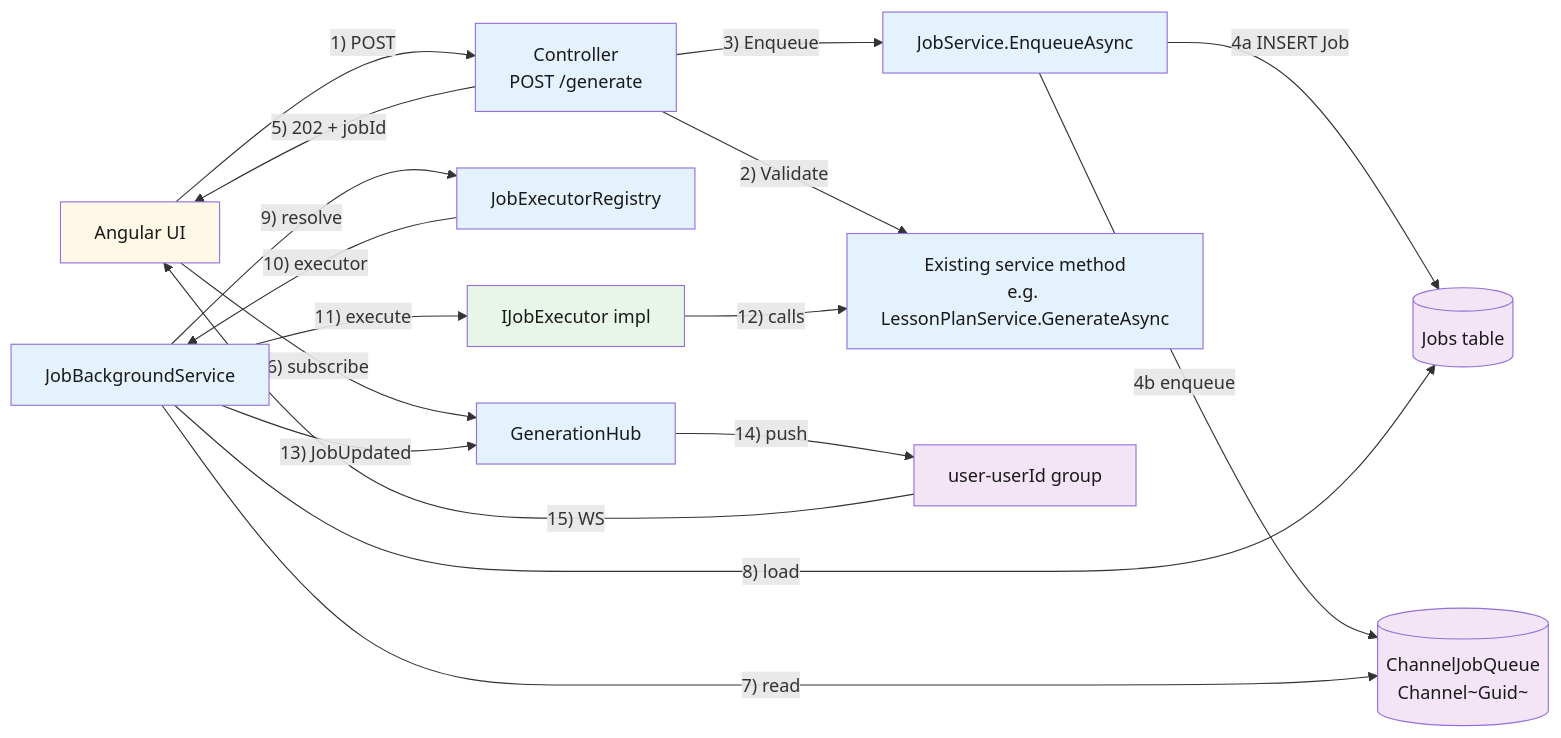
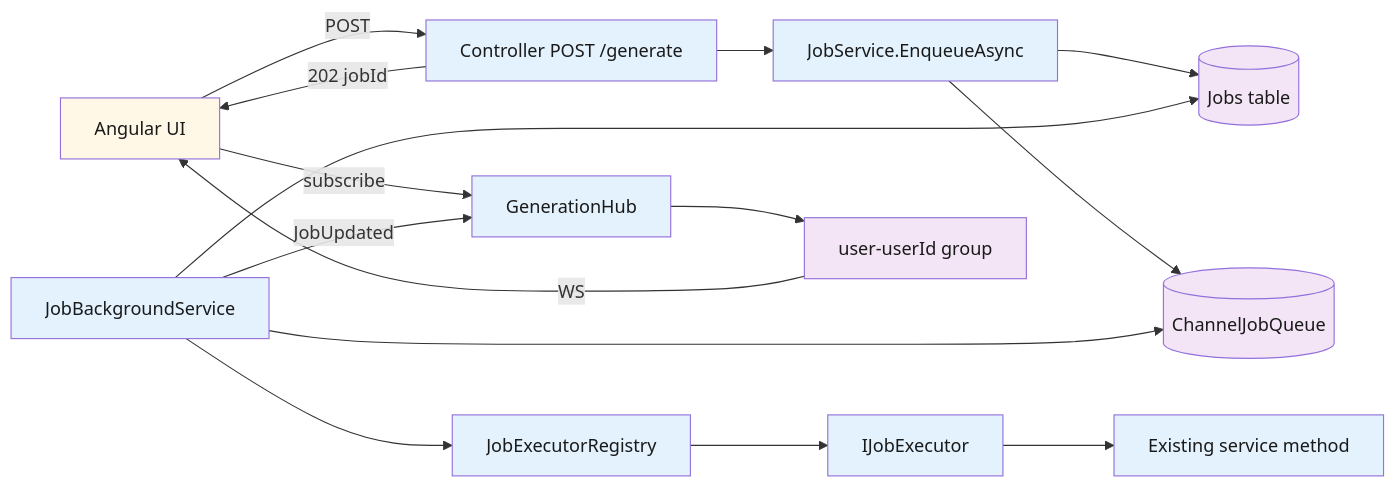
Before and after one commit to Dockdep/LessonHub: the third of 3 diagrams in diagrams/backend/04-infrastructure.md, drawn with Mermaid. The commit also changed other lines of this file and 36 other files, not shown here.

````diff
--- a/diagrams/backend/04-infrastructure.md
+++ b/diagrams/backend/04-infrastructure.md
@@ -231,36 +75,33 @@
 ```mermaid
 flowchart LR
   classDef ext fill:#fff8e7,color:#1a1a1a
   classDef int fill:#e3f2fd,color:#1a1a1a
   classDef data fill:#f3e5f5,color:#1a1a1a
-  classDef step fill:#e8f5e9,color:#1a1a1a
 
   ui[Angular UI]:::ext
-  ctrl[Controller<br/>POST /generate]:::int
+  ctrl[Controller POST /generate]:::int
   jobsvc[JobService.EnqueueAsync]:::int
-  q[(ChannelJobQueue<br/>Channel~Guid~)]:::data
+  q[(ChannelJobQueue)]:::data
   pg[("Jobs table")]:::data
   bg[JobBackgroundService]:::int
   reg[JobExecutorRegistry]:::int
-  exec[IJobExecutor impl]:::step
-  svc[Existing service method<br/>e.g. LessonPlanService.GenerateAsync]:::int
+  exec[IJobExecutor]:::int
+  svc[Existing service method]:::int
   hub[GenerationHub]:::int
   user[user-userId group]:::data
 
-  ui -- 1) POST --> ctrl
-  ctrl -- 2) Validate --> svc
-  ctrl -- 3) Enqueue --> jobsvc
-  jobsvc -- 4a INSERT Job --> pg
-  jobsvc -- 4b enqueue --> q
-  ctrl -- 5) 202 + jobId --> ui
-  ui -- 6) subscribe --> hub
-  bg -- 7) read --> q
-  bg -- 8) load --> pg
-  bg -- 9) resolve --> reg
-  reg -- 10) executor --> bg
-  bg -- 11) execute --> exec
-  exec -- 12) calls --> svc
-  bg -- 13) JobUpdated --> hub
-  hub -- 14) push --> user
-  user -- 15) WS --> ui
+  ui -- POST --> ctrl
+  ctrl --> jobsvc
+  jobsvc --> pg
+  jobsvc --> q
+  ctrl -- 202 jobId --> ui
+  ui -- subscribe --> hub
+  bg --> q
+  bg --> pg
+  bg --> reg
+  reg --> exec
+  exec --> svc
+  bg -- JobUpdated --> hub
+  hub --> user
+  user -- WS --> ui
 ```
````
